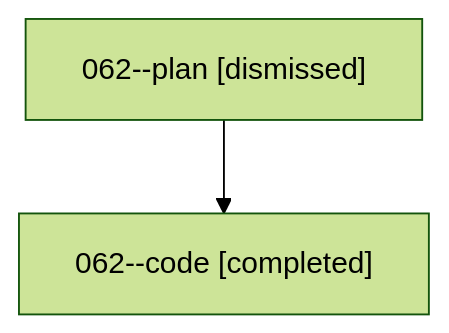
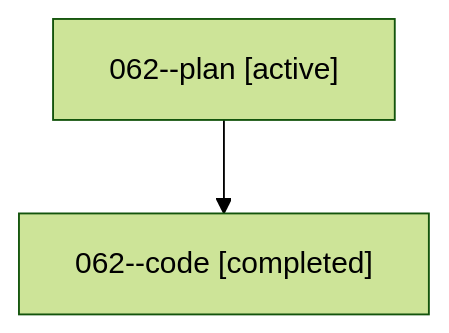
One commit to sase-org/sase--agents changed the diagram in families/bbugyi200.athena.062.md. Above: the diagram before and after it, drawn with Mermaid (forest theme). The commit also changed other lines of this file and 35830 other files, not shown here.

````diff
--- a/families/bbugyi200.athena.062.md
+++ b/families/bbugyi200.athena.062.md
@@ -9,6 +9,6 @@
 ```mermaid
 flowchart TD
-  n0["062--plan [dismissed]"]
+  n0["062--plan [active]"]
   n1["062--code [completed]"]
   n0 --> n1
 ```
````
